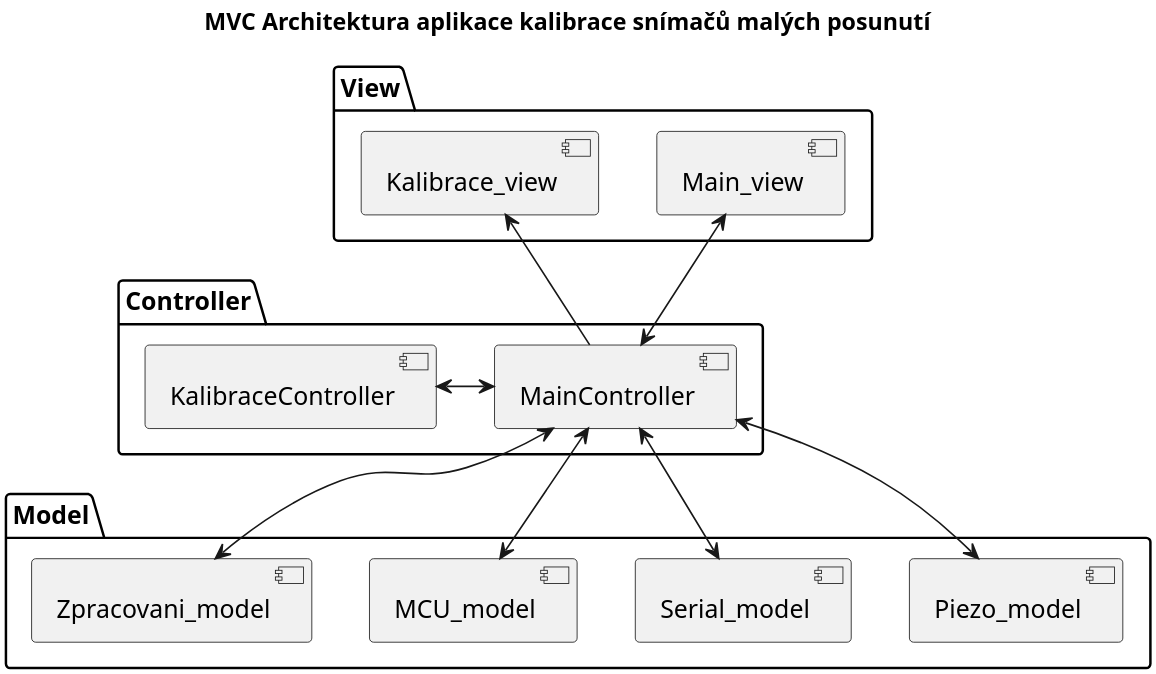
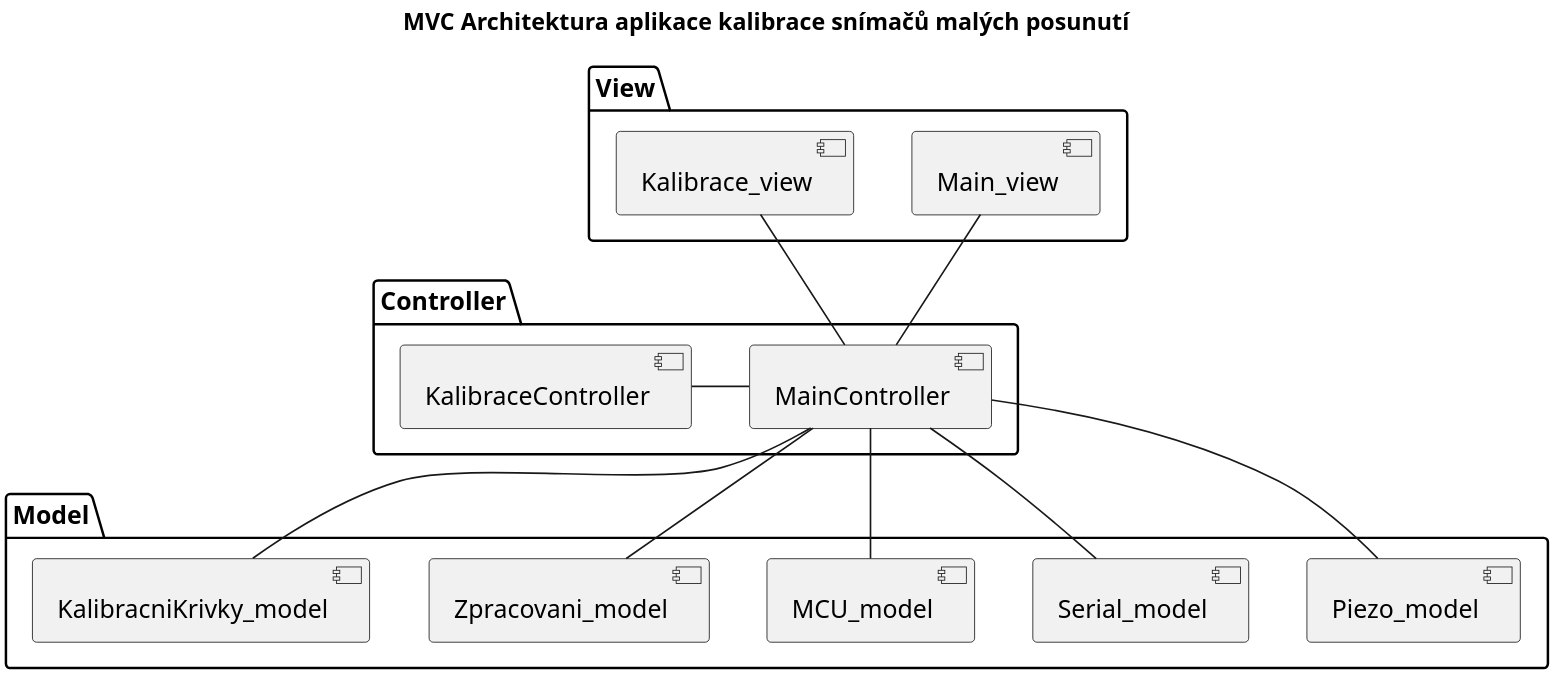
One commit to SimaCNC/Diplomka changed the diagram in diagramy/mvc.plantuml. Above: the diagram before and after it, drawn with PlantUML. The commit also changed 24 other files, not shown here.

```diff
--- a/diagramy/mvc.plantuml
+++ b/diagramy/mvc.plantuml
@@ -1,50 +1,39 @@
 @startuml
 skinparam monochrome true
 skinparam defaultFontSize 15
 skinparam dpi 300
 title MVC Architektura aplikace kalibrace snímačů malých posunutí
 
 package "Model" as MOD {
   [Piezo_model]
   [Serial_model]
   [MCU_model]
   [Zpracovani_model]
+  [KalibracniKrivky_model]
 }
 
 package "View" as V {
   [Main_view]
   [Kalibrace_view]
 }
 
 package "Controller" as CTRL {
   [MainController]
   [KalibraceController]
 }
 
 ' Vztahy mezi castmi
-MainController <--> Piezo_model
-MainController <--> Serial_model
-MainController <--> MCU_model
-MainController <--> Zpracovani_model 
+MainController -- Piezo_model
+MainController -- Serial_model
+MainController -- MCU_model
+MainController -- Zpracovani_model 
+MainController -- KalibracniKrivky_model
+
+KalibraceController - MainController
+ 
+
+Main_view -- MainController 
+Kalibrace_view -- MainController
 
 
-KalibraceController <-> MainController
- 
-
-Main_view <--> MainController 
-Kalibrace_view <-- MainController
-
-' note top of MOD
-'   Jednotlivé objekty s příslušnými atributy a metodami
-' end note
-
-' note top of V
-'    Zobrazení okna aplikace - to co vidí uživatel
-'    Nastavování a ukládání dat kalibrace
-' end note
-
-' note top of CTRL
-'   Ovládá a propojuje jednotlivé části celé aplikace
-' end note
-
 @enduml
```
